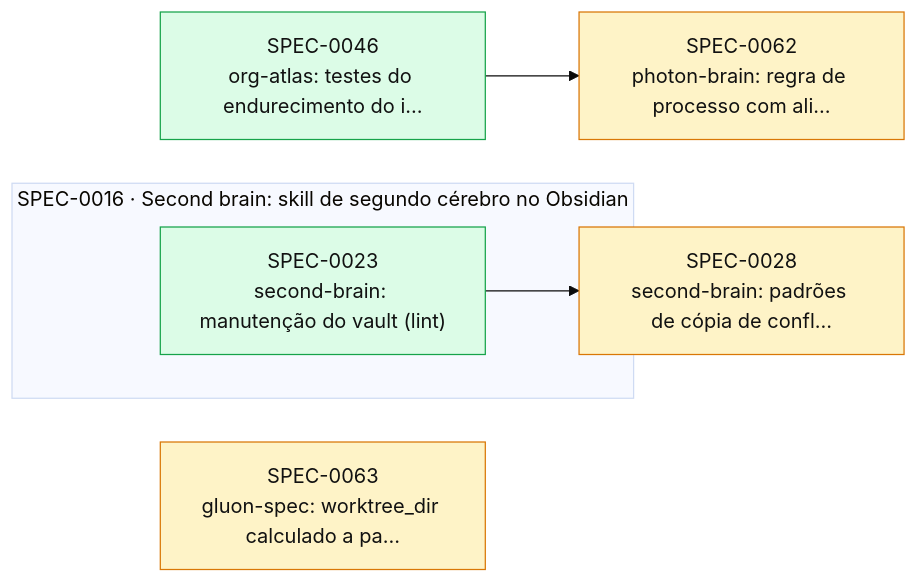
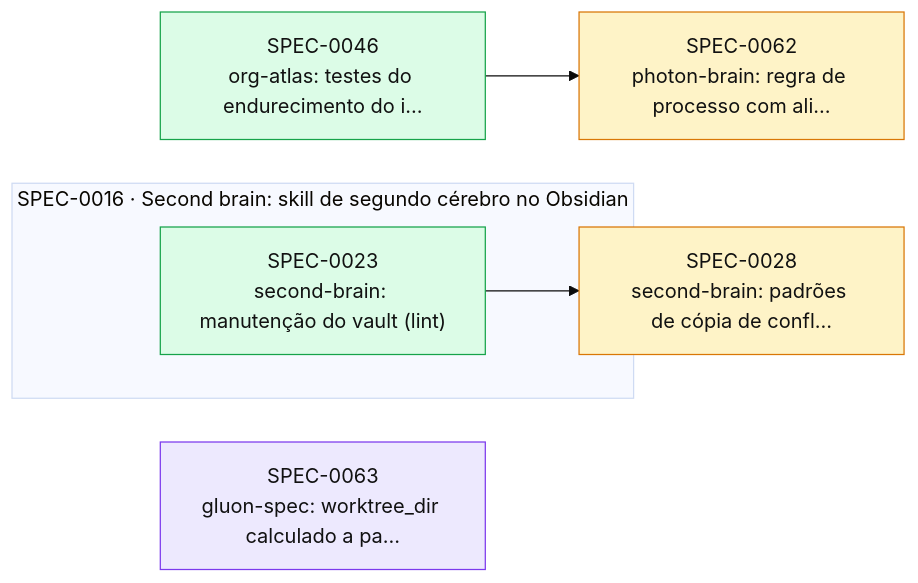
One commit to thomasravache/ai-dev-brain changed the diagram in docs/specs/INDEX.md. Above: the diagram before and after it, drawn with Mermaid (base theme). The commit also changed other lines of this file and 1 other file, not shown here.

First line of the commit message:
docs(specs): H1 e PLAN da SPEC-0063

````diff
--- a/docs/specs/INDEX.md
+++ b/docs/specs/INDEX.md
@@ -50,17 +50,17 @@
 ```mermaid
 flowchart LR
   S0028["SPEC-0028<br/>second-brain: padrões de cópia de confl…"]:::proposed
   S0046["SPEC-0046<br/>org-atlas: testes do endurecimento do i…"]:::implemented
   S0062["SPEC-0062<br/>photon-brain: regra de processo com ali…"]:::proposed
-  S0063["SPEC-0063<br/>gluon-spec: worktree_dir calculado a pa…"]:::proposed
+  S0063["SPEC-0063<br/>gluon-spec: worktree_dir calculado a pa…"]:::inprogress
   subgraph E0016["SPEC-0016 · Second brain: skill de segundo cérebro no Obsidian"]
     S0023["SPEC-0023<br/>second-brain: manutenção do vault (lint)"]:::implemented
   end
   S0023 --> S0028
   S0046 --> S0062
   classDef proposed fill:#fef3c7,stroke:#d97706,color:#111
   classDef approved fill:#dbeafe,stroke:#2563eb,color:#111
   classDef inprogress fill:#ede9fe,stroke:#7c3aed,color:#111
   classDef implemented fill:#dcfce7,stroke:#16a34a,color:#111
   classDef deprecated fill:#f3f4f6,stroke:#9ca3af,color:#6b7280
 ```
````
